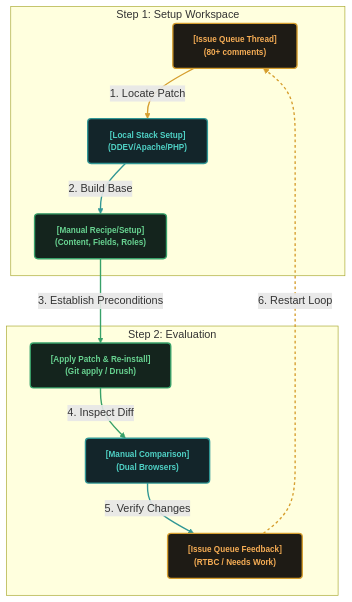
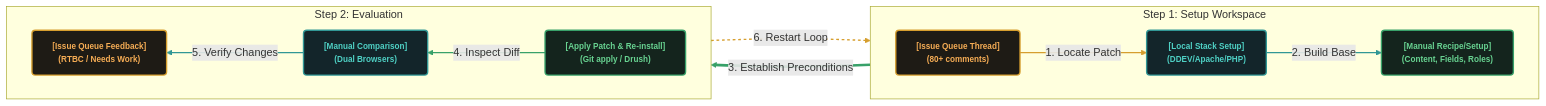
The first of 2 diagrams in Drupal-issue-queue.md (mgifford/mermaid-graphs), drawn with Mermaid before and after one commit. The commit also changed other lines of this file, not shown here.

````diff
--- a/Drupal-issue-queue.md
+++ b/Drupal-issue-queue.md
@@ -5,47 +5,43 @@
 ```mermaid
-flowchart TD
+flowchart LR
     %% Define Global Styles
     classDef phaseBox fill:#1e1b15,stroke:#D69E2E,stroke-width:2px,color:#F6AD55,font-size:12px,font-weight:bold,rx:5px,ry:5px;
     classDef phaseBoxCyan fill:#13252a,stroke:#319795,stroke-width:2px,color:#4FD1C5,font-size:12px,font-weight:bold,rx:5px,ry:5px;
     classDef phaseBoxGreen fill:#14241d,stroke:#38A169,stroke-width:2px,color:#68D391,font-size:12px,font-weight:bold,rx:5px,ry:5px;
 
-    %% ROW 1: Setup Workspace
+    %% ROW 1 (Setup Workspace): Left-to-Right Horizontal Group
     subgraph Row1 [Step 1: Setup Workspace]
+        direction LR
         Node1["[Issue Queue Thread]<br/>(80+ comments)"]:::phaseBox
         Node2["[Local Stack Setup]<br/>(DDEV/Apache/PHP)"]:::phaseBoxCyan
         Node3["[Manual Recipe/Setup]<br/>(Content, Fields, Roles)"]:::phaseBoxGreen
+
+        Node1 -->|1. Locate Patch| Node2
+        Node2 -->|2. Build Base| Node3
     end
 
-    %% ROW 2: Manual Evaluation
+    %% Step down transition between Row 1 and Row 2
+    Node3 ==>|3. Establish Preconditions| Node4
+
+    %% ROW 2 (Evaluation): Right-to-Left Horizontal Group (reverted to maintain loop)
     subgraph Row2 [Step 2: Evaluation]
+        direction RL
         Node6["[Issue Queue Feedback]<br/>(RTBC / Needs Work)"]:::phaseBox
         Node5["[Manual Comparison]<br/>(Dual Browsers)"]:::phaseBoxCyan
         Node4["[Apply Patch & Re-install]<br/>(Git apply / Drush)"]:::phaseBoxGreen
+
+        Node4 -->|4. Inspect Diff| Node5
+        Node5 -->|5. Verify Changes| Node6
     end
 
-    %% Left-to-Right Row 1 Links
-    Node1 -->|1. Locate Patch| Node2
-    Node2 -->|2. Build Base| Node3
-
-    %% Step down transition between Row 1 and Row 2
-    Node3 -->|3. Establish Preconditions| Node4
-
-    %% Right-to-Left Row 2 Links
-    Node4 -->|4. Inspect Diff| Node5
-    Node5 -->|5. Verify Changes| Node6
-
-    %% Invisible spacers to force the rows to stay stacked 
-    Node1 ~~~ Node6
-    Node2 ~~~ Node5
-
-    %% Visual feedback loop (Bottom Row 2 back to Top Row 1)
+    %% Visual feedback loop (Bottom Row back to Top Row)
     Node6 -.->|6. Restart Loop| Node1
 
     %% Styling Connections
     linkStyle 0 stroke:#D69E2E,stroke-width:2px;
     linkStyle 1 stroke:#319795,stroke-width:2px;
-    linkStyle 2 stroke:#38A169,stroke-width:2px;
+    linkStyle 2 stroke:#38A169,stroke-width:4px;
     linkStyle 3 stroke:#38A169,stroke-width:2px;
     linkStyle 4 stroke:#319795,stroke-width:2px;
-    linkStyle 7 stroke:#D69E2E,stroke-width:2px,stroke-dasharray: 4 4;
+    linkStyle 5 stroke:#D69E2E,stroke-width:2px,stroke-dasharray: 4 4;
 ```
````
